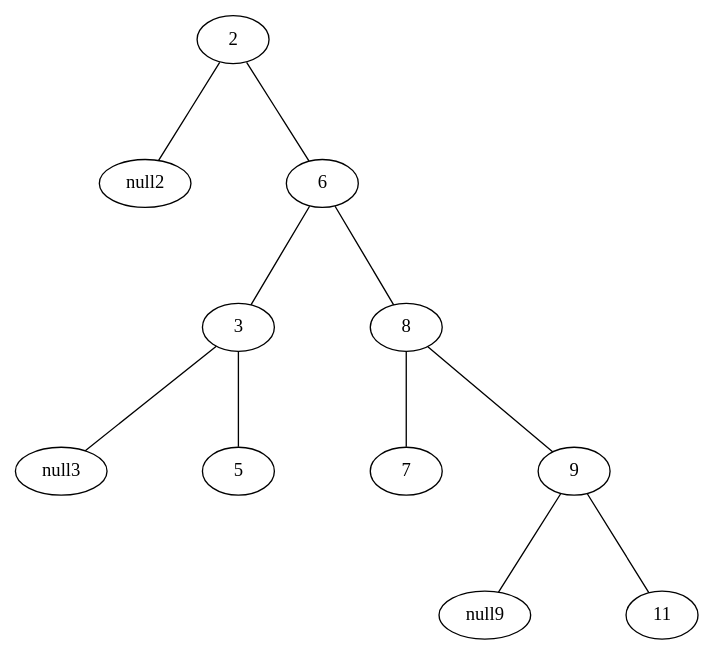
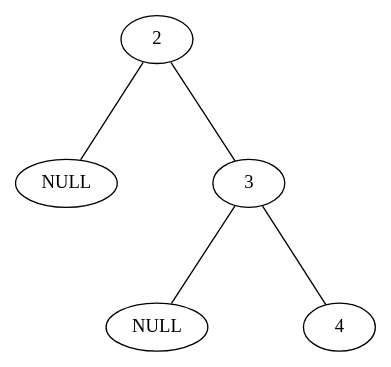
One commit to x6x4/lablab changed the diagram in 4a/tree_dump.dot. Above: the diagram before and after it, drawn with Graphviz. The commit also changed 5 other files, not shown here.

Commit message:
Fixed graphviz output

```diff
--- a/4a/tree_dump.dot
+++ b/4a/tree_dump.dot
@@ -1,17 +1,10 @@
 strict graph {
 nodesep=1;
 ranksep=1
-null2;
+null2 [label="NULL"];
 2 -- null2
-null3;
+null3 [label="NULL"];
 3 -- null3
-3 -- 5
-6 -- 3
-8 -- 7
-null9;
-9 -- null9
-9 -- 11
-8 -- 9
-6 -- 8
-2 -- 6
+3 -- 4
+2 -- 3
 }
```
